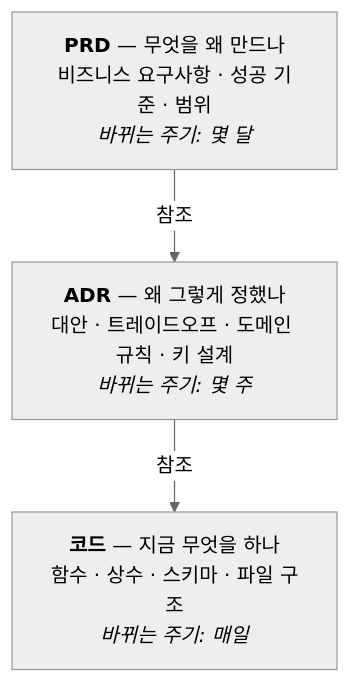
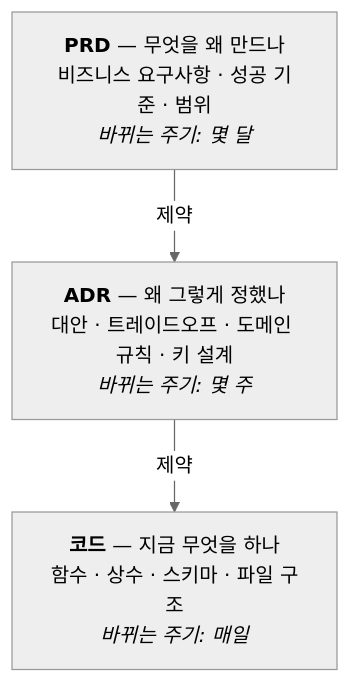
Before and after one commit to haandol/haandol.github.com: the first of 10 diagrams in _posts/2026-07-25-alps-adr-abstraction-boundaries.md, drawn with Mermaid (neutral theme). The commit also changed other lines of this file, not shown here.

````diff
--- a/_posts/2026-07-25-alps-adr-abstraction-boundaries.md
+++ b/_posts/2026-07-25-alps-adr-abstraction-boundaries.md
@@ -39,9 +33,9 @@
 ```mermaid
 flowchart TD
     PRD["<b>PRD</b> — 무엇을 왜 만드나<br/>비즈니스 요구사항 · 성공 기준 · 범위<br/><i>바뀌는 주기: 몇 달</i>"]
     ADR["<b>ADR</b> — 왜 그렇게 정했나<br/>대안 · 트레이드오프 · 도메인 규칙 · 키 설계<br/><i>바뀌는 주기: 몇 주</i>"]
     CODE["<b>코드</b> — 지금 무엇을 하나<br/>함수 · 상수 · 스키마 · 파일 구조<br/><i>바뀌는 주기: 매일</i>"]
 
-    PRD -->|"참조"| ADR
-    ADR -->|"참조"| CODE
+    PRD -->|"제약"| ADR
+    ADR -->|"제약"| CODE
 ```
````
